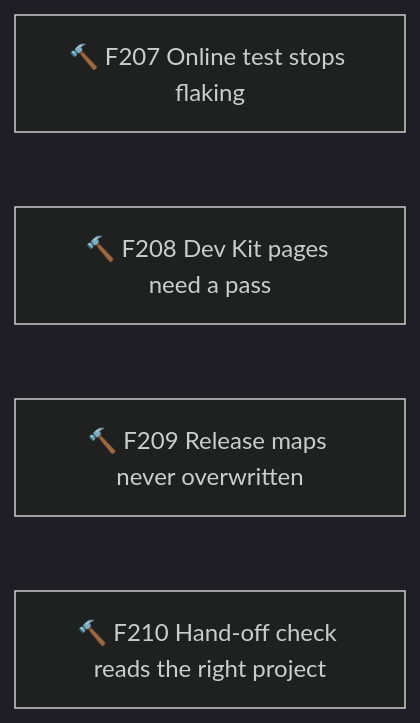
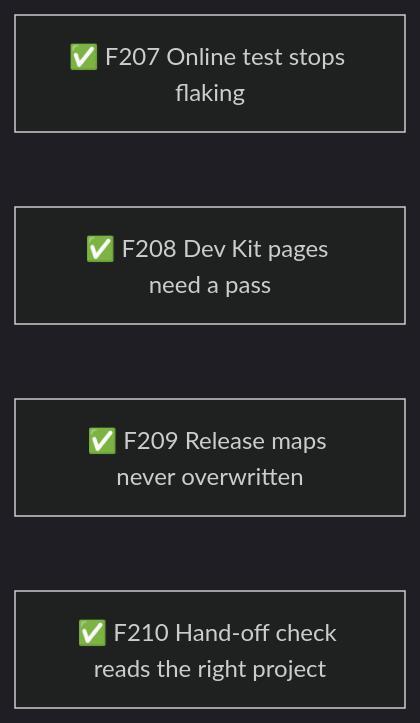
Diagram 40 of 40 in .planning/ROADMAP.md (TheBlueMuzzy/framework), drawn with Mermaid (dark theme) before and after one commit. The commit also changed other lines of this file and 2 other files, not shown here.

Commit message:
F207: done — Muzzy approved F208: done — Muzzy approved F209: done — Muzzy approved F210: done — Muzzy approved

````diff
--- a/.planning/ROADMAP.md
+++ b/.planning/ROADMAP.md
@@ -636,7 +636,7 @@
 ```mermaid
 flowchart LR
-  F207[🔨 F207 Online test stops flaking]
-  F208[🔨 F208 Dev Kit pages need a pass]
-  F209[🔨 F209 Release maps never overwritten]
-  F210[🔨 F210 Hand-off check reads the right project]
+  F207[✅ F207 Online test stops flaking]
+  F208[✅ F208 Dev Kit pages need a pass]
+  F209[✅ F209 Release maps never overwritten]
+  F210[✅ F210 Hand-off check reads the right project]
 ```
````
